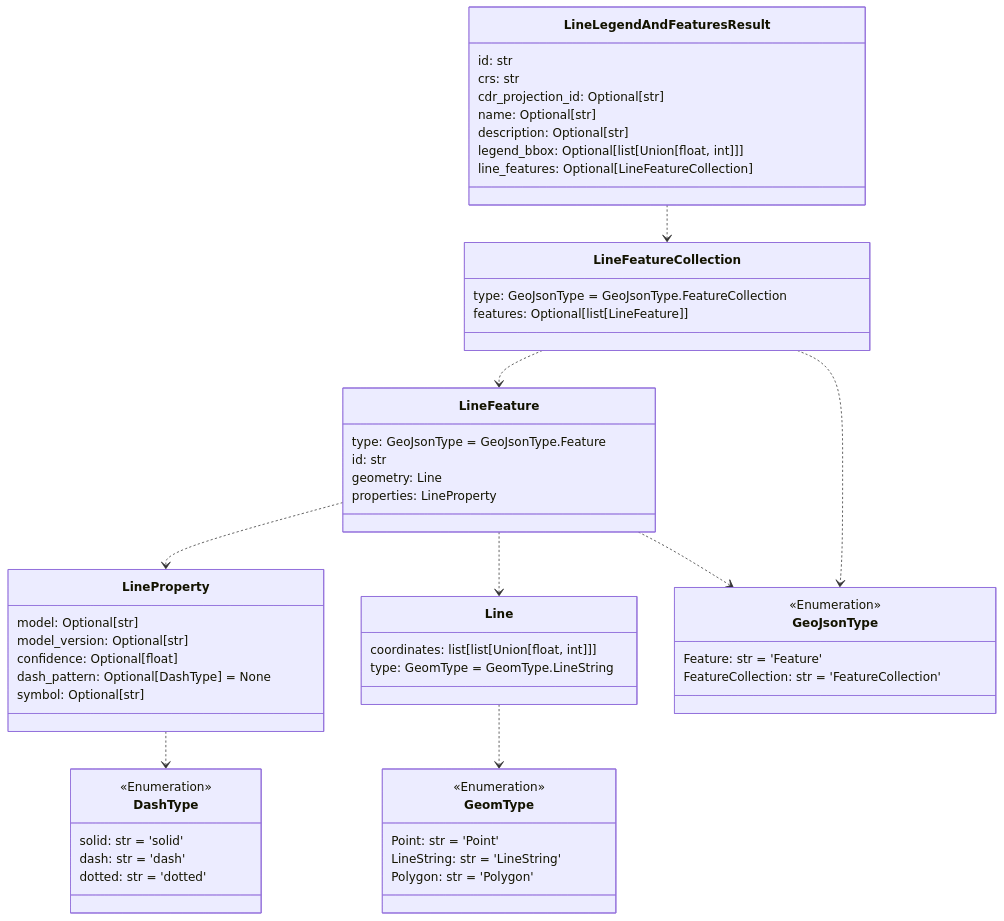
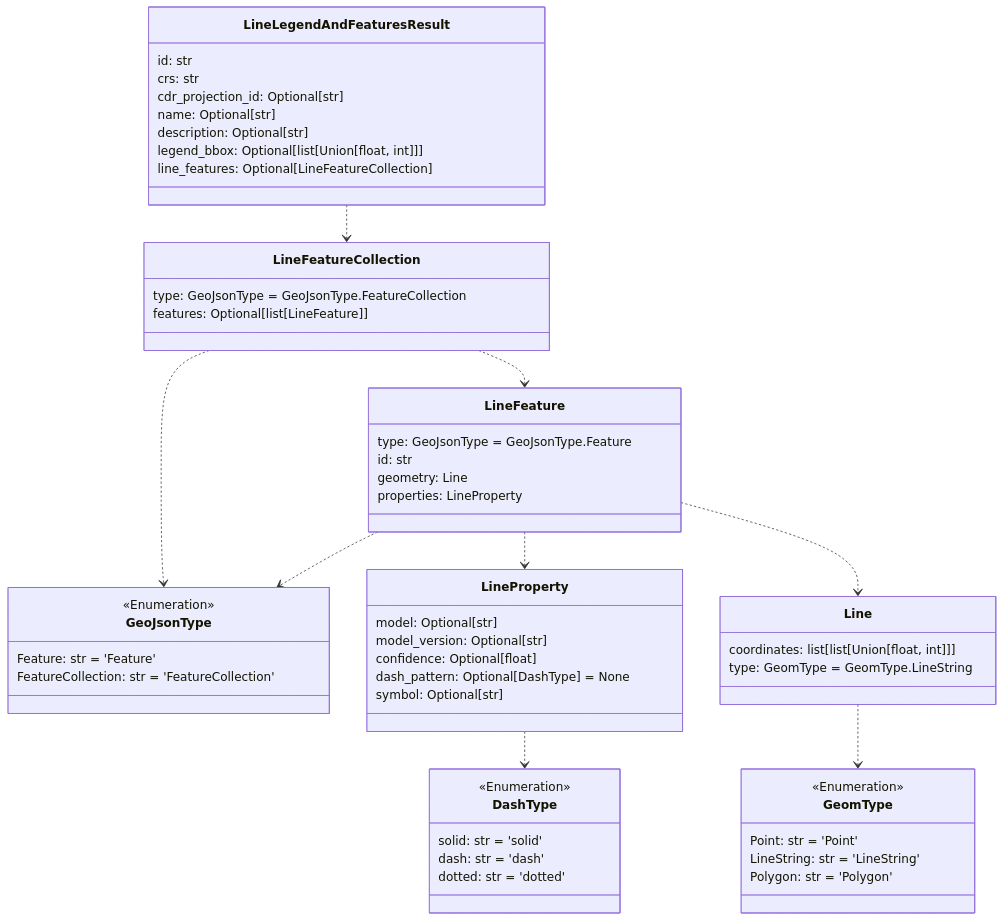
The fifth of 11 diagrams in README.md (DARPA-CRITICALMAAS/cdr_schemas), drawn with Mermaid before and after one commit. The commit also changed other lines of this file and 1 other file, not shown here.

````diff
--- a/README.md
+++ b/README.md
@@ -348,69 +348,69 @@
 ```mermaid
 classDiagram
+
+    class GeoJsonType {
+        <<Enumeration>>
+        Feature: str = 'Feature'
+        FeatureCollection: str = 'FeatureCollection'
+    }
+
+    class LineFeatureCollection {
+        type: GeoJsonType = GeoJsonType.FeatureCollection
+        features: Optional[list[LineFeature]]
+    }
 
     class LineFeature {
         type: GeoJsonType = GeoJsonType.Feature
         id: str
         geometry: Line
         properties: LineProperty
     }
 
-    class Line {
-        coordinates: list[list[Union[float, int]]]
-        type: GeomType = GeomType.LineString
-    }
-
-    class DashType {
-        <<Enumeration>>
-        solid: str = 'solid'
-        dash: str = 'dash'
-        dotted: str = 'dotted'
-    }
-
     class LineProperty {
         model: Optional[str]
         model_version: Optional[str]
         confidence: Optional[float]
         dash_pattern: Optional[DashType] = None
         symbol: Optional[str]
-    }
-
-    class LineFeatureCollection {
-        type: GeoJsonType = GeoJsonType.FeatureCollection
-        features: Optional[list[LineFeature]]
-    }
-
-    class GeoJsonType {
-        <<Enumeration>>
-        Feature: str = 'Feature'
-        FeatureCollection: str = 'FeatureCollection'
-    }
-
-    class GeomType {
-        <<Enumeration>>
-        Point: str = 'Point'
-        LineString: str = 'LineString'
-        Polygon: str = 'Polygon'
     }
 
     class LineLegendAndFeaturesResult {
         id: str
         crs: str
         cdr_projection_id: Optional[str]
         name: Optional[str]
         description: Optional[str]
         legend_bbox: Optional[list[Union[float, int]]]
         line_features: Optional[LineFeatureCollection]
     }
 
+    class Line {
+        coordinates: list[list[Union[float, int]]]
+        type: GeomType = GeomType.LineString
+    }
+
+    class GeomType {
+        <<Enumeration>>
+        Point: str = 'Point'
+        LineString: str = 'LineString'
+        Polygon: str = 'Polygon'
+    }
+
+    class DashType {
+        <<Enumeration>>
+        solid: str = 'solid'
+        dash: str = 'dash'
+        dotted: str = 'dotted'
+    }
+
     Line ..> GeomType
     LineProperty ..> DashType
+    LineFeature ..> GeoJsonType
     LineFeature ..> LineProperty
     LineFeature ..> Line
-    LineFeature ..> GeoJsonType
+    LineFeatureCollection ..> GeoJsonType
     LineFeatureCollection ..> LineFeature
-    LineFeatureCollection ..> GeoJsonType
     LineLegendAndFeaturesResult ..> LineFeatureCollection
 
 
 ```
````
